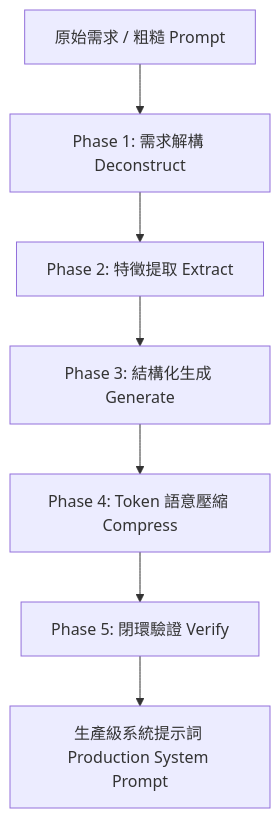
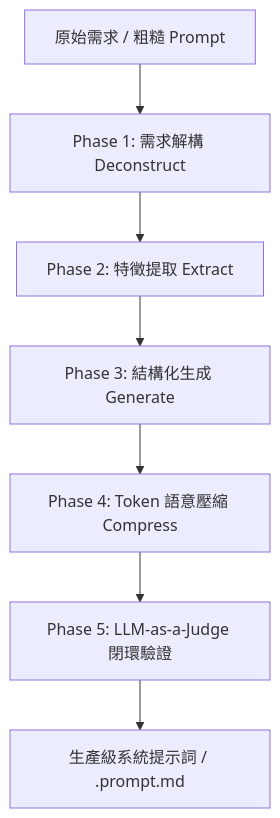
One commit to PingpowerTW/7-Phase-Agentic-Workflow changed the diagram in skills/promptcraft/SKILL.md. Above: the diagram before and after it, drawn with Mermaid. The commit also changed other lines of this file and 14 other files, not shown here.

Commit message:
feat(prompts): integrate prompt-engineering-playbook with standardized templates and LLM-as-a-Judge v2.7

````diff
--- a/skills/promptcraft/SKILL.md
+++ b/skills/promptcraft/SKILL.md
@@ -28,9 +29,9 @@
 ```mermaid
 graph TD
     A[原始需求 / 粗糙 Prompt] --> B[Phase 1: 需求解構 Deconstruct]
     B --> C[Phase 2: 特徵提取 Extract]
     C --> D[Phase 3: 結構化生成 Generate]
     D --> E[Phase 4: Token 語意壓縮 Compress]
-    E --> F[Phase 5: 閉環驗證 Verify]
-    F --> G[生產級系統提示詞 Production System Prompt]
+    E --> F[Phase 5: LLM-as-a-Judge 閉環驗證]
+    F --> G[生產級系統提示詞 / .prompt.md]
 ```
````
